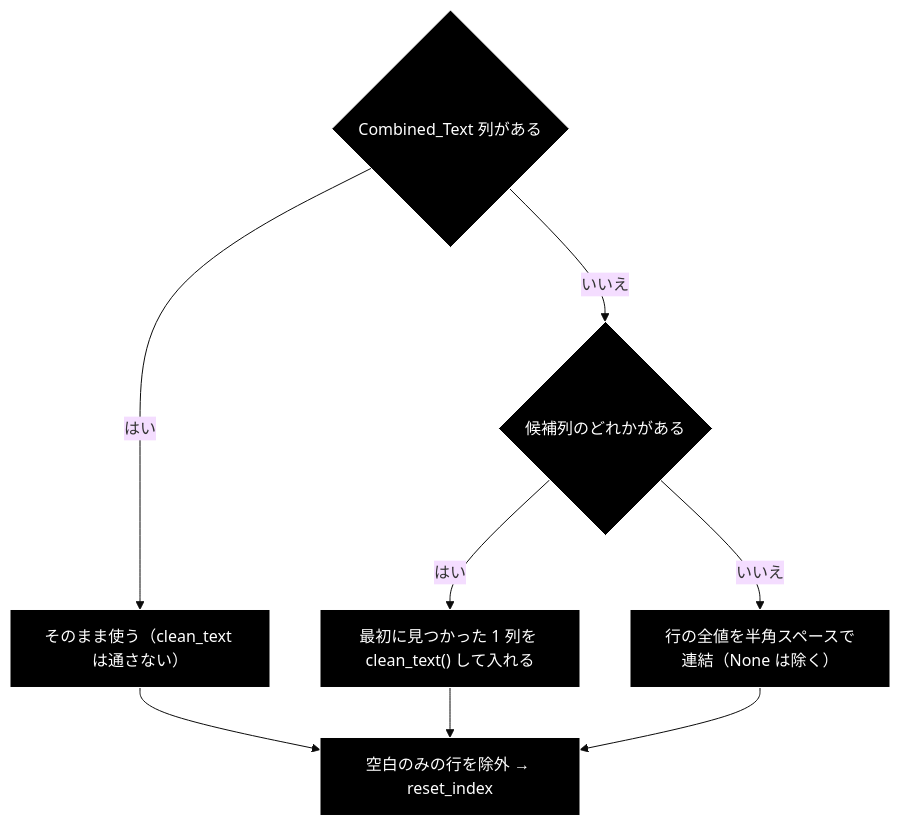
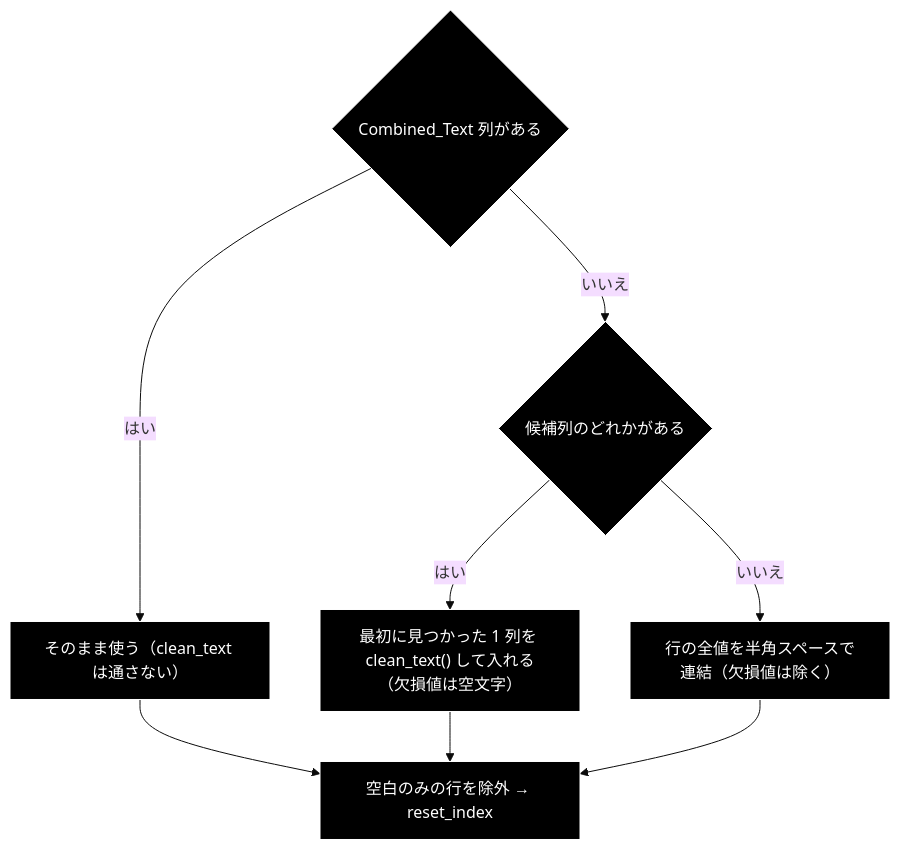
The fourth of 4 diagrams in qa_generation/docs/data_io.md (nakashima2toshio/grace_v2), drawn with Mermaid (base theme) before and after one commit. The commit also changed other lines of this file and 3 other files, not shown here.

````diff
--- a/qa_generation/docs/data_io.md
+++ b/qa_generation/docs/data_io.md
@@ -180,19 +180,19 @@
 ```mermaid
 flowchart TB
     Q1{"Combined_Text 列がある"}
     Keep["そのまま使う（clean_text は通さない）"]
     Q2{"候補列のどれかがある"}
-    FromCol["最初に見つかった 1 列を clean_text() して入れる"]
-    Join["行の全値を半角スペースで連結（None は除く）"]
+    FromCol["最初に見つかった 1 列を clean_text() して入れる（欠損値は空文字）"]
+    Join["行の全値を半角スペースで連結（欠損値は除く）"]
     Filter["空白のみの行を除外 → reset_index"]
     Q1 -->|"はい"| Keep
     Q1 -->|"いいえ"| Q2
     Q2 -->|"はい"| FromCol
     Q2 -->|"いいえ"| Join
     Keep --> Filter
     FromCol --> Filter
     Join --> Filter
 classDef default fill:#000,stroke:#fff,color:#fff
 classDef subgraphStyle fill:#1a1a1a,stroke:#fff,color:#fff
 class Q1,Keep,Q2,FromCol,Join,Filter default
 ```
````
